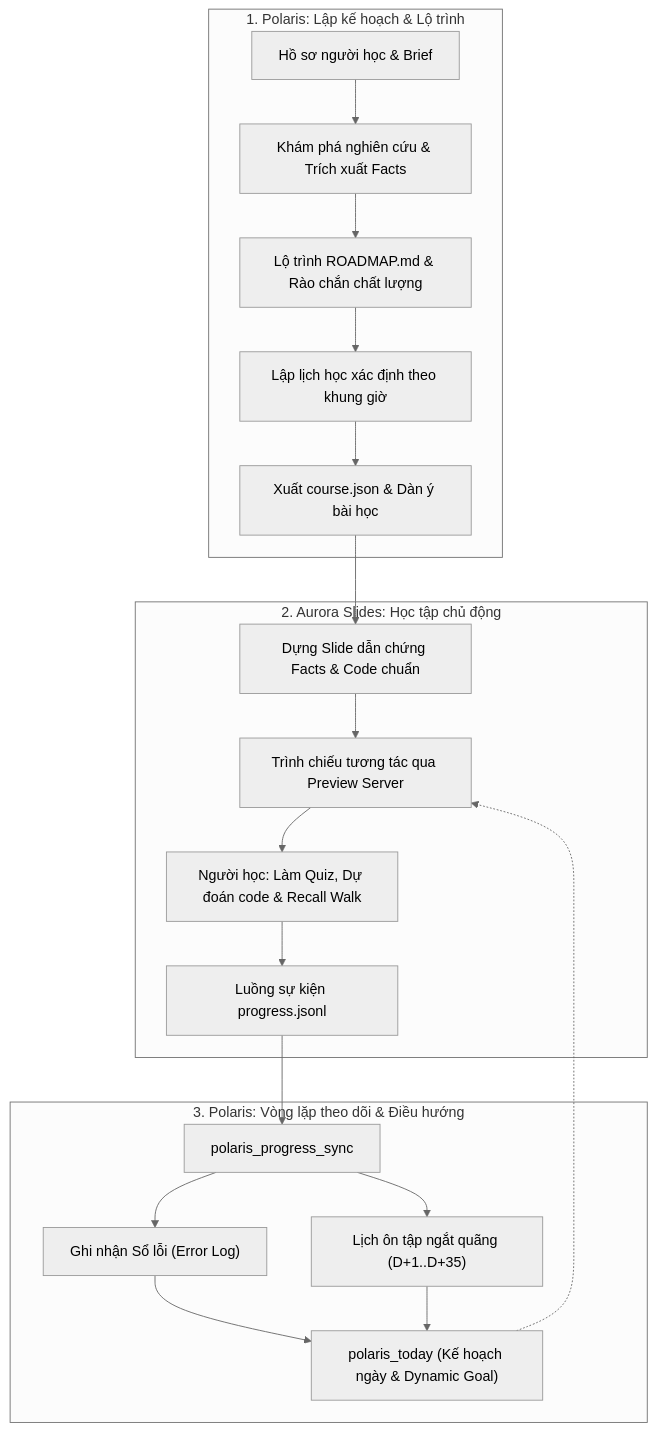
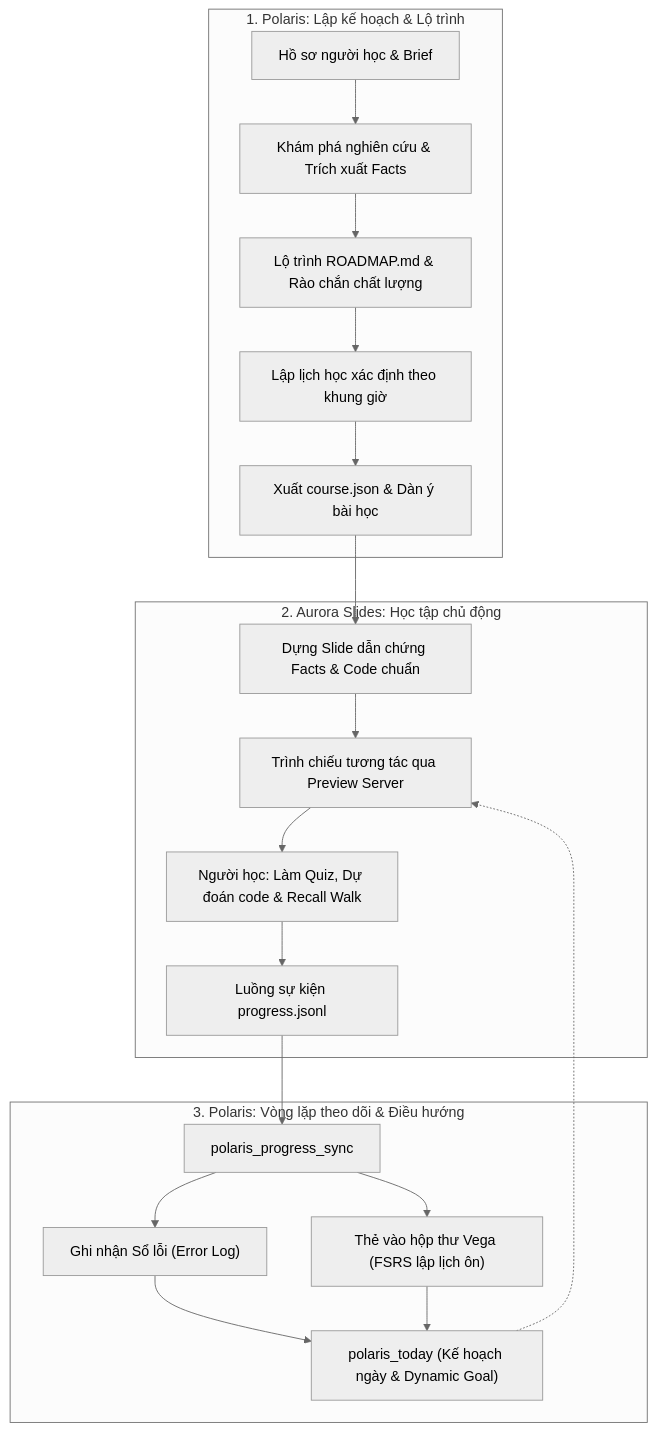
Before and after one commit to DuongNAD/polaris-mcp: the diagram in README.vi.md, drawn with Mermaid (neutral theme). The commit also changed other lines of this file and 17 other files, not shown here.

````diff
--- a/README.vi.md
+++ b/README.vi.md
@@ -114,26 +141,26 @@
 ```mermaid
 flowchart TD
   subgraph Polaris_Planning ["1. Polaris: Lập kế hoạch & Lộ trình"]
     P1["Hồ sơ người học & Brief"] --> P2["Khám phá nghiên cứu & Trích xuất Facts"]
     P2 --> P3["Lộ trình ROADMAP.md & Rào chắn chất lượng"]
     P3 --> P4["Lập lịch học xác định theo khung giờ"]
     P4 --> P5["Xuất course.json & Dàn ý bài học"]
   end
 
   subgraph Aurora_Learning ["2. Aurora Slides: Học tập chủ động"]
     A1["Dựng Slide dẫn chứng Facts & Code chuẩn"] --> A2["Trình chiếu tương tác qua Preview Server"]
     A2 --> A3["Người học: Làm Quiz, Dự đoán code & Recall Walk"]
     A3 --> A4["Luồng sự kiện progress.jsonl"]
   end
 
   subgraph Polaris_Loop ["3. Polaris: Vòng lặp theo dõi & Điều hướng"]
     L1["polaris_progress_sync"] --> L2["Ghi nhận Sổ lỗi (Error Log)"]
-    L1 --> L3["Lịch ôn tập ngắt quãng (D+1..D+35)"]
+    L1 --> L3["Thẻ vào hộp thư Vega (FSRS lập lịch ôn)"]
     L2 --> L4["polaris_today (Kế hoạch ngày & Dynamic Goal)"]
     L3 --> L4
   end
 
   P5 --> A1
   A4 --> L1
   L4 -.-> A2
 ```
````
